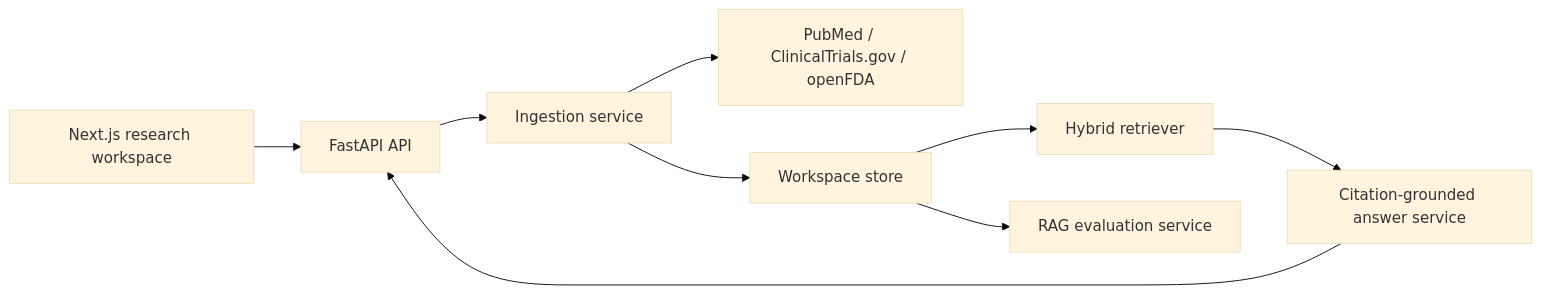
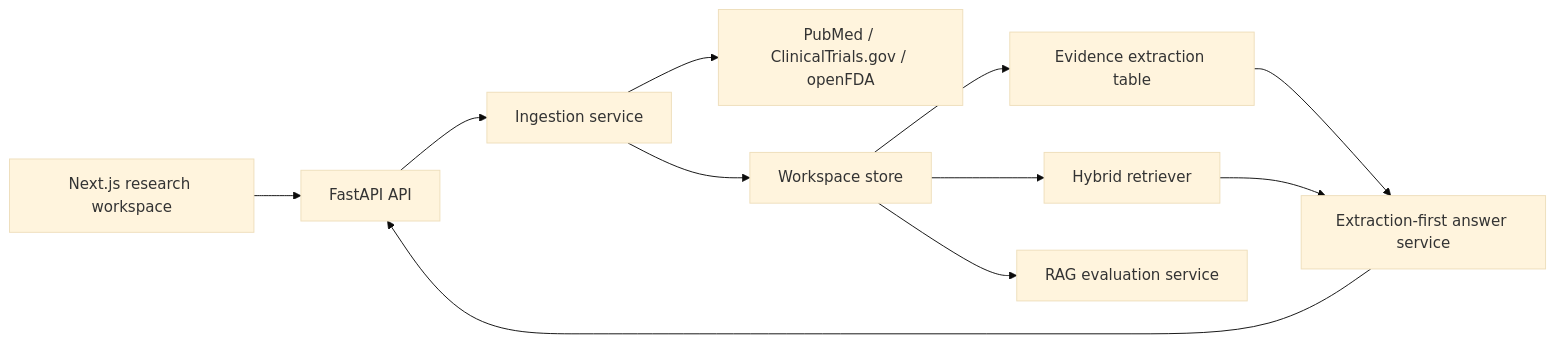
Before and after one commit to beam-9/TrialLens: the diagram in docs/architecture.md, drawn with Mermaid (base theme). The commit also changed other lines of this file and 47 other files, not shown here.

````diff
--- a/docs/architecture.md
+++ b/docs/architecture.md
@@ -7,11 +7,13 @@
 ```mermaid
 flowchart LR
   UI["Next.js research workspace"] --> API["FastAPI API"]
   API --> Ingest["Ingestion service"]
   Ingest --> Sources["PubMed / ClinicalTrials.gov / openFDA"]
   Ingest --> Store["Workspace store"]
+  Store --> Extract["Evidence extraction table"]
   Store --> Retriever["Hybrid retriever"]
-  Retriever --> Answer["Citation-grounded answer service"]
+  Extract --> Answer["Extraction-first answer service"]
+  Retriever --> Answer
   Answer --> API
   Store --> Evals["RAG evaluation service"]
 ```
````
